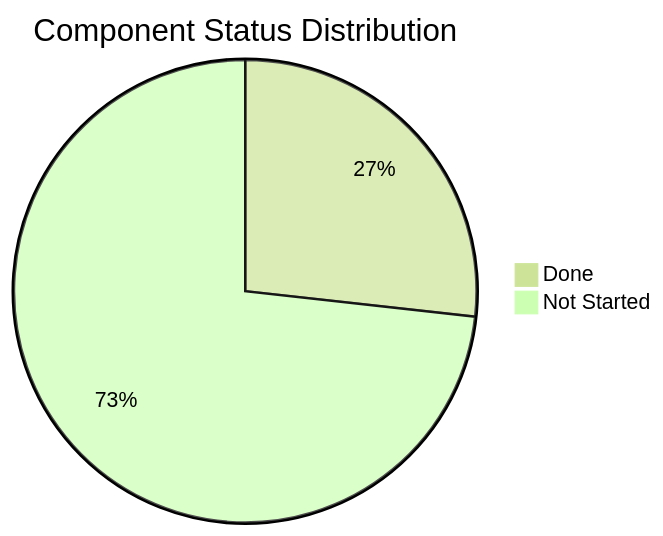
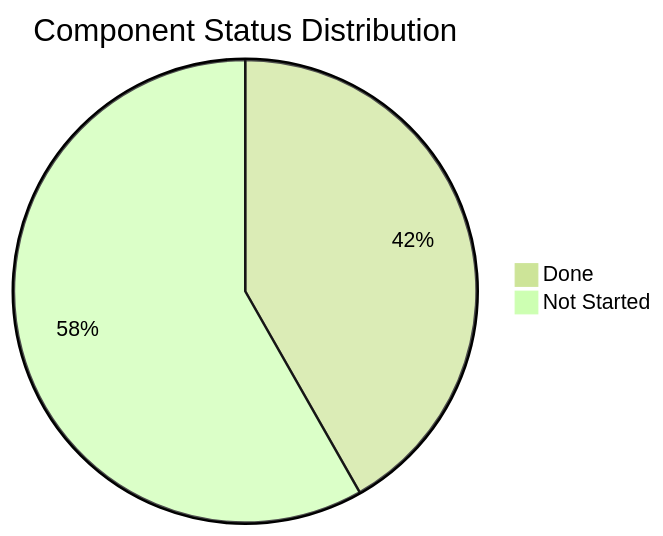
One commit to thisisashwinks/HighRise-Tokens changed the first of 3 diagrams in PROJECT_STATUS_TRACKER.md. Above: the diagram before and after it, drawn with Mermaid (forest theme). The commit also changed other lines of this file and 7 other files, not shown here.

````diff
--- a/PROJECT_STATUS_TRACKER.md
+++ b/PROJECT_STATUS_TRACKER.md
@@ -356,5 +410,5 @@
 ```mermaid
 pie title Component Status Distribution
-    "Done" : 42
-    "Not Started" : 115
+    "Done" : 71
+    "Not Started" : 99
 ```
````
